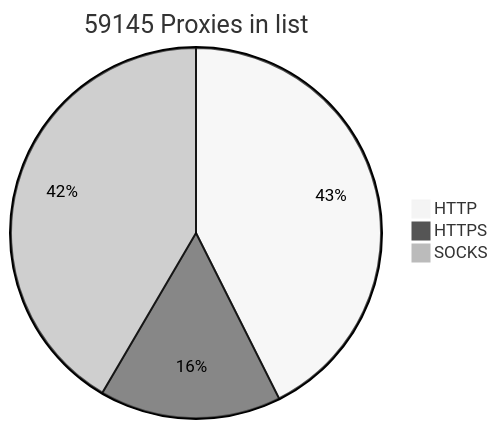
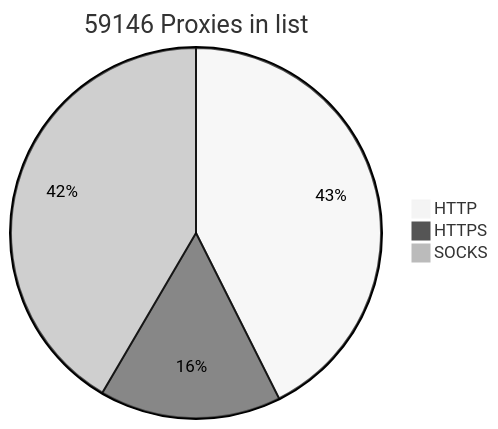
The diagram in README.md (BlackSnowDot/proxylist-update-every-minute), drawn with Mermaid (neutral theme) before and after one commit.

````diff
--- a/README.md
+++ b/README.md
@@ -2,6 +2,6 @@
 ```mermaid
-pie title 59145 Proxies in list
+pie title 59146 Proxies in list
     "HTTP" : 28778
-    "HTTPS": 10701
+    "HTTPS": 10702
     "SOCKS" : 28080
 ```
````
